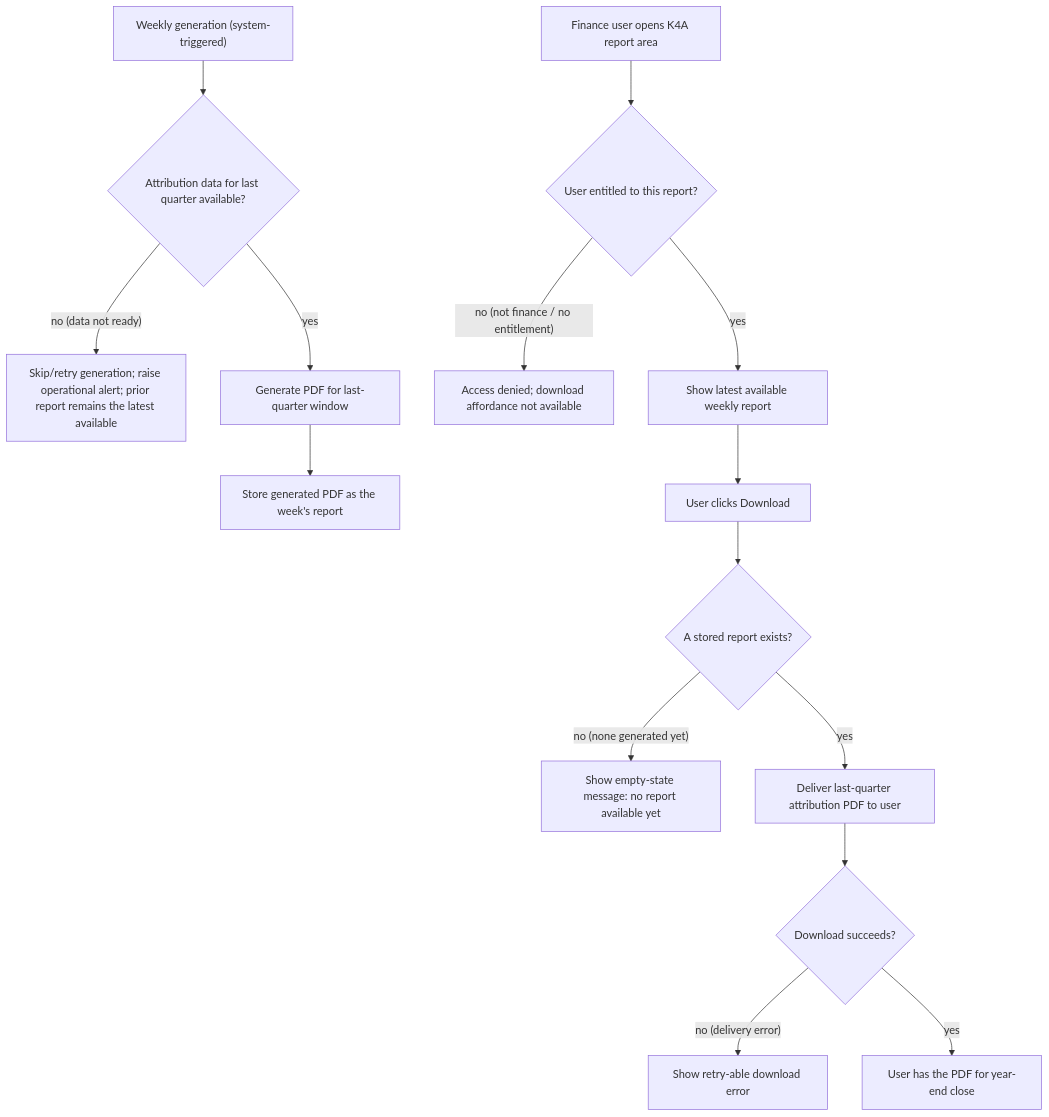
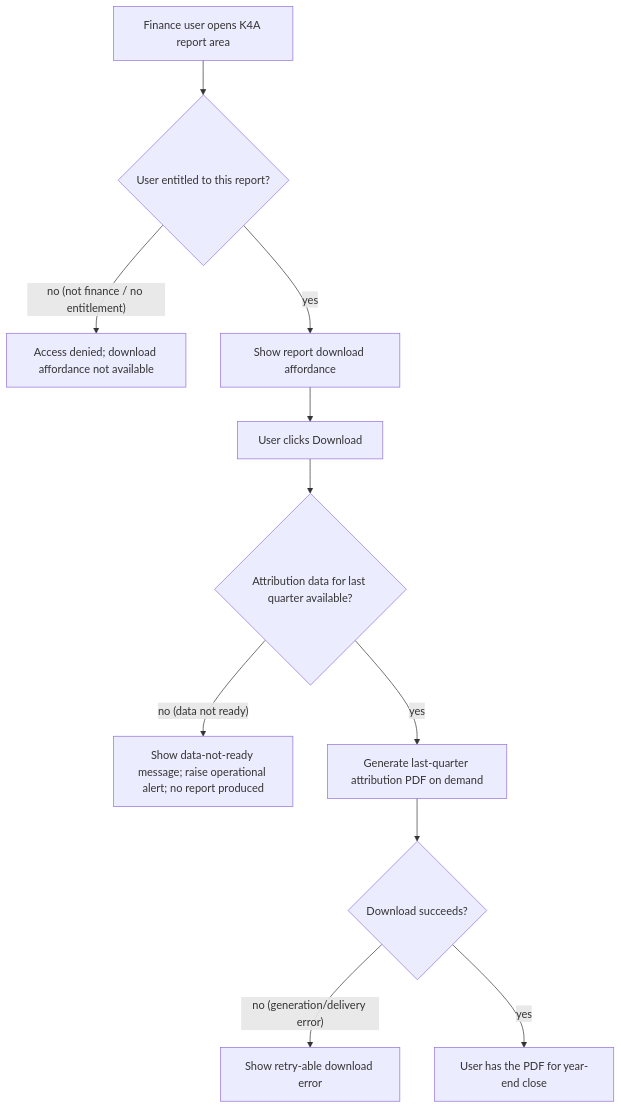
The diagram in docs/16-PRDs/079-k4a-add-weekly-attribution-report-pdf-download/product-spec.md (mayank-kochava/aisdlc-docs-sandbox), drawn with Mermaid before and after one commit. The commit also changed other lines of this file and 2 other files, not shown here.

````diff
--- a/docs/16-PRDs/079-k4a-add-weekly-attribution-report-pdf-download/product-spec.md
+++ b/docs/16-PRDs/079-k4a-add-weekly-attribution-report-pdf-download/product-spec.md
@@ -41,18 +41,13 @@
 ```mermaid
 flowchart TD
-    A["Weekly generation (system-triggered)"] --> B{"Attribution data for last quarter available?"}
-    B -->|"no (data not ready)"| C["Skip/retry generation; raise operational alert; prior report remains the latest available"]
-    B -->|"yes"| D["Generate PDF for last-quarter window"]
-    D --> E["Store generated PDF as the week's report"]
-
     F["Finance user opens K4A report area"] --> G{"User entitled to this report?"}
     G -->|"no (not finance / no entitlement)"| H["Access denied; download affordance not available"]
-    G -->|"yes"| I["Show latest available weekly report"]
+    G -->|"yes"| I["Show report download affordance"]
     I --> J["User clicks Download"]
-    J --> K{"A stored report exists?"}
-    K -->|"no (none generated yet)"| L["Show empty-state message: no report available yet"]
-    K -->|"yes"| M["Deliver last-quarter attribution PDF to user"]
-    M --> N{"Download succeeds?"}
-    N -->|"no (delivery error)"| O["Show retry-able download error"]
+    J --> B{"Attribution data for last quarter available?"}
+    B -->|"no (data not ready)"| C["Show data-not-ready message; raise operational alert; no report produced"]
+    B -->|"yes"| D["Generate last-quarter attribution PDF on demand"]
+    D --> N{"Download succeeds?"}
+    N -->|"no (generation/delivery error)"| O["Show retry-able download error"]
     N -->|"yes"| P["User has the PDF for year-end close"]
 ```
````
